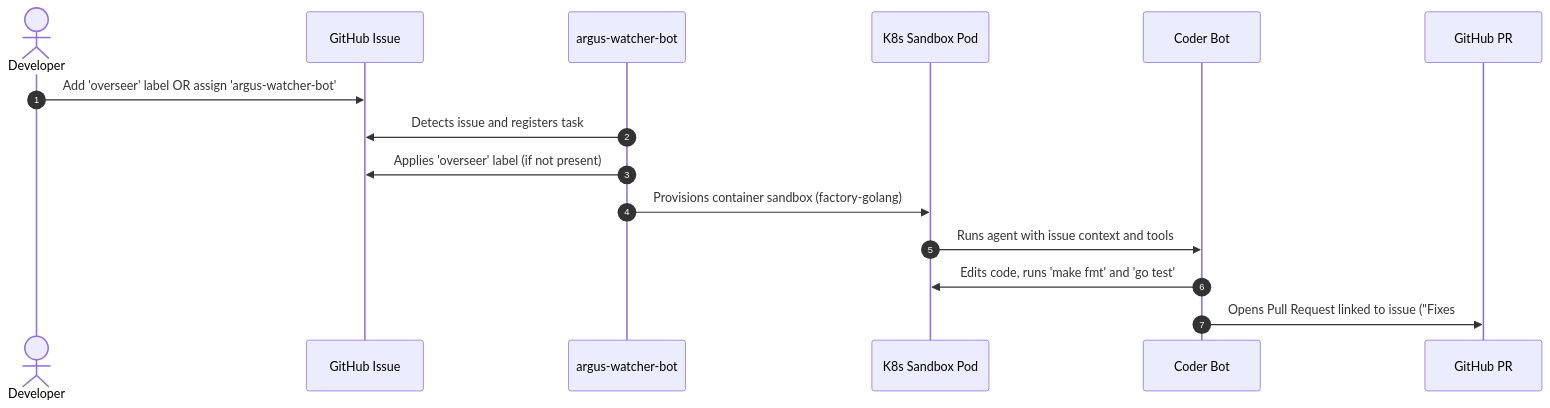
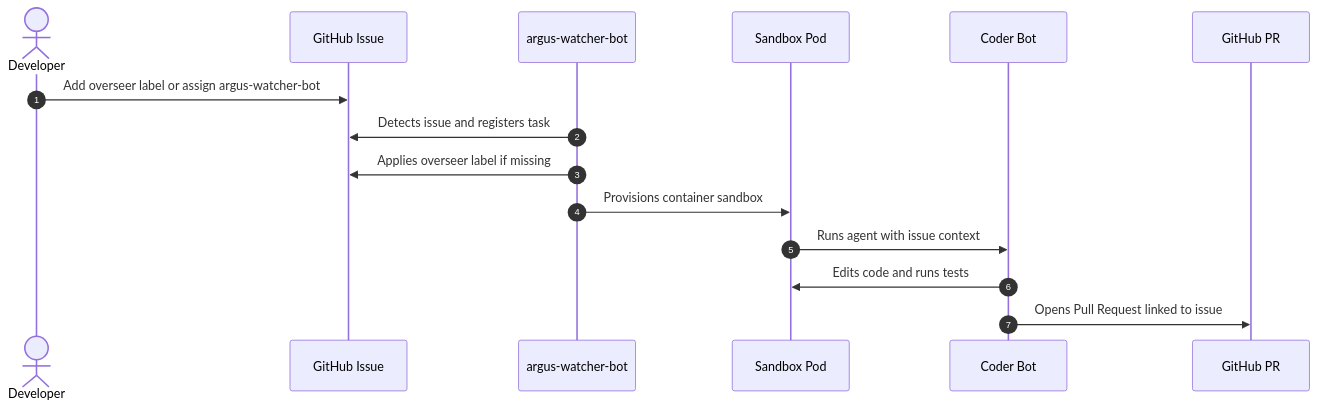
Before and after one commit to GoogleCloudPlatform/k8s-config-connector: the first of 3 diagrams in docs/ai/overseer-developer-guide.md, drawn with Mermaid. The commit also changed other lines of this file, not shown here.

Commit message:
docs(ai): address follow-up review feedback on overseer guide

````diff
--- a/docs/ai/overseer-developer-guide.md
+++ b/docs/ai/overseer-developer-guide.md
@@ -46,18 +46,18 @@
 ```mermaid
 sequenceDiagram
     autonumber
     actor Dev as Developer
     participant Issue as GitHub Issue
     participant Watcher as argus-watcher-bot
-    participant Sandbox as K8s Sandbox Pod
+    participant Sandbox as Sandbox Pod
     participant Coder as Coder Bot
     participant PR as GitHub PR
 
-    Dev->>Issue: Add 'overseer' label OR assign 'argus-watcher-bot'
+    Dev->>Issue: Add overseer label or assign argus-watcher-bot
     Watcher->>Issue: Detects issue and registers task
-    Watcher->>Issue: Applies 'overseer' label (if not present)
-    Watcher->>Sandbox: Provisions container sandbox (factory-golang)
-    Sandbox->>Coder: Runs agent with issue context and tools
-    Coder->>Sandbox: Edits code, runs 'make fmt' and 'go test'
-    Coder->>PR: Opens Pull Request linked to issue ("Fixes #...")
+    Watcher->>Issue: Applies overseer label if missing
+    Watcher->>Sandbox: Provisions container sandbox
+    Sandbox->>Coder: Runs agent with issue context
+    Coder->>Sandbox: Edits code and runs tests
+    Coder->>PR: Opens Pull Request linked to issue
 ```
````
